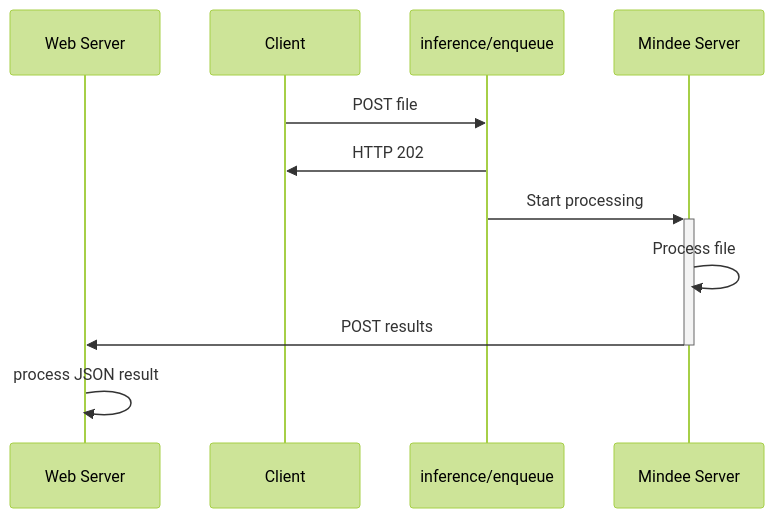
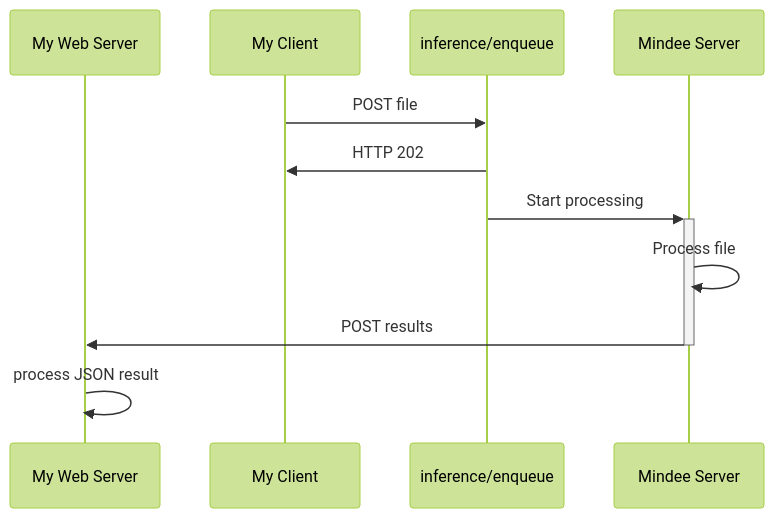
The diagram in integrations/webhooks.md (mindee/platform-docs), drawn with Mermaid (forest theme) before and after one commit. The commit also changed other lines of this file and 2 other files, not shown here.

````diff
--- a/integrations/webhooks.md
+++ b/integrations/webhooks.md
@@ -31,13 +31,13 @@
 ```mermaid
 sequenceDiagram
-    participant clientsrv as Web Server
-    participant client as Client
+    participant clientsrv as My Web Server
+    participant client as My Client
     participant enqueue as inference/enqueue
     participant srv as Mindee Server
     client->>enqueue: POST file
     enqueue->>client: HTTP 202
     enqueue->>+srv: Start processing
     srv->>srv: Process file
     srv->>-clientsrv: POST results
     clientsrv->>clientsrv: process JSON result
 ```
````
